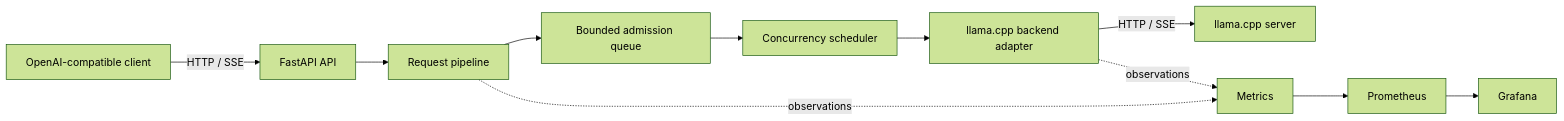
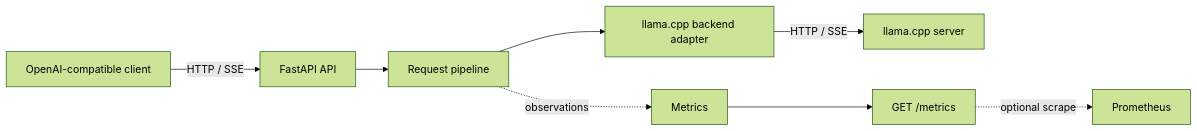
Before and after one commit to santiag6001/llm-engineering-platform: the diagram in README.md, drawn with Mermaid (forest theme). The commit also changed other lines of this file and 14 other files, not shown here.

````diff
--- a/README.md
+++ b/README.md
@@ -69,13 +69,10 @@
 ```mermaid
 flowchart LR
     C[OpenAI-compatible client] -->|HTTP / SSE| A[FastAPI API]
     A --> P[Request pipeline]
-    P --> Q[Bounded admission queue]
-    Q --> S[Concurrency scheduler]
-    S --> B[llama.cpp backend adapter]
+    P --> B[llama.cpp backend adapter]
     B -->|HTTP / SSE| L[llama.cpp server]
     P -. observations .-> M[Metrics]
-    B -. observations .-> M
-    M --> PR[Prometheus]
-    PR --> G[Grafana]
+    M --> E[GET /metrics]
+    E -. optional scrape .-> PR[Prometheus]
 ```
````
